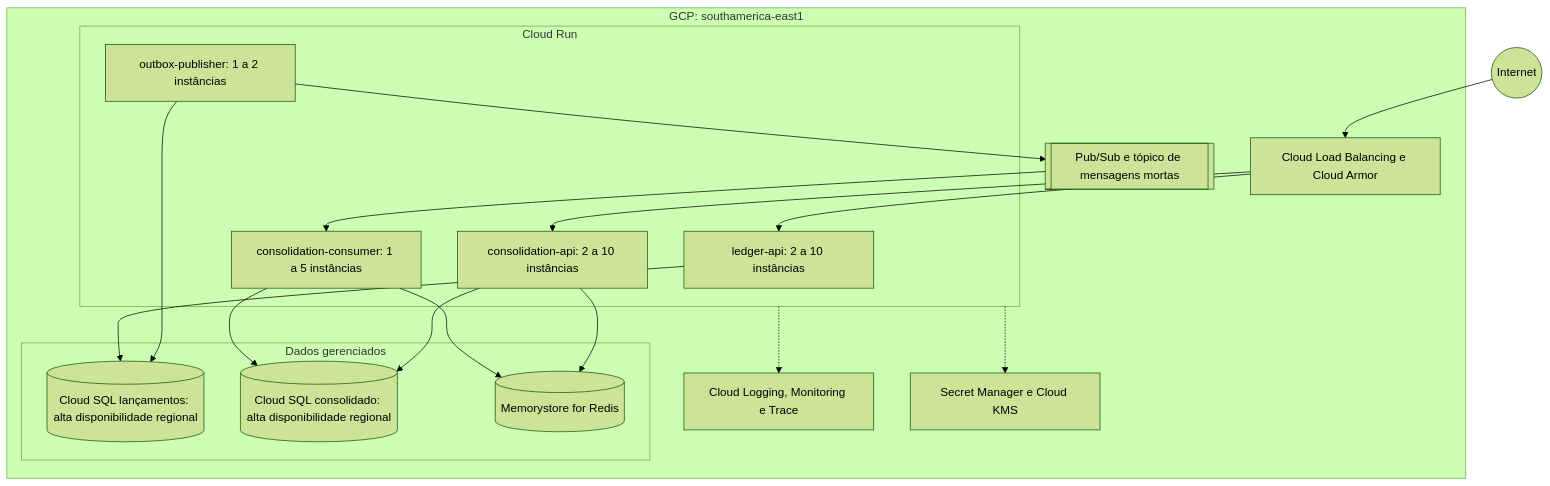
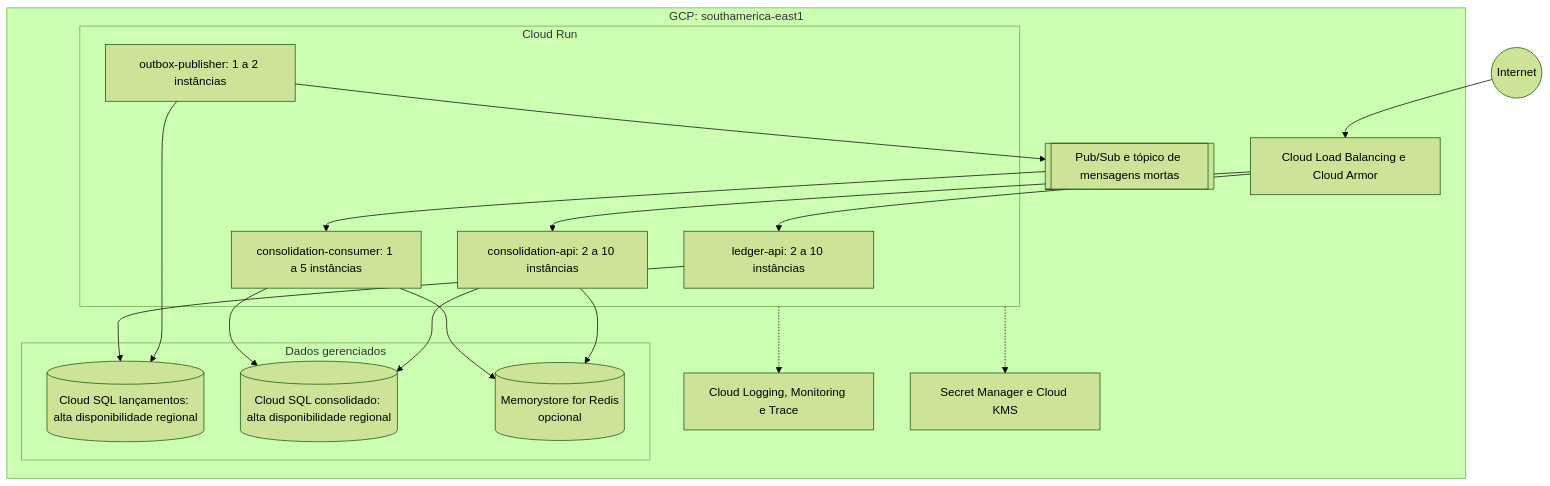
The fifth of 12 diagrams in docs/03-arquitetura-alvo.md (adrielcodeco/daily-cash-flow), drawn with Mermaid (forest theme) before and after one commit. The commit also changed other lines of this file and 80 other files, not shown here.

````diff
--- a/docs/03-arquitetura-alvo.md
+++ b/docs/03-arquitetura-alvo.md
@@ -111,31 +111,31 @@
 ```mermaid
 flowchart TB
     NET((Internet))
     subgraph GCP["GCP: southamerica-east1"]
         LB["Cloud Load Balancing e Cloud Armor"]
         subgraph RUN[Cloud Run]
             A1[ledger-api: 2 a 10 instâncias]
             A2[outbox-publisher: 1 a 2 instâncias]
             A3[consolidation-api: 2 a 10 instâncias]
             A4[consolidation-consumer: 1 a 5 instâncias]
         end
         subgraph DADOS[Dados gerenciados]
             S1[("Cloud SQL lançamentos: alta disponibilidade regional")]
             S2[("Cloud SQL consolidado: alta disponibilidade regional")]
-            RD[("Memorystore for Redis")]
+            RD[("Memorystore for Redis<br/>opcional")]
         end
         PS[["Pub/Sub e tópico de mensagens mortas"]]
         OBS["Cloud Logging, Monitoring e Trace"]
         SM["Secret Manager e Cloud KMS"]
     end
     NET --> LB --> A1 & A3
     A1 --> S1
     A2 --> S1
     A2 --> PS --> A4
     A4 --> S2
     A4 --> RD
     A3 --> RD
     A3 --> S2
     RUN -.-> OBS
     RUN -.-> SM
 ```
````
